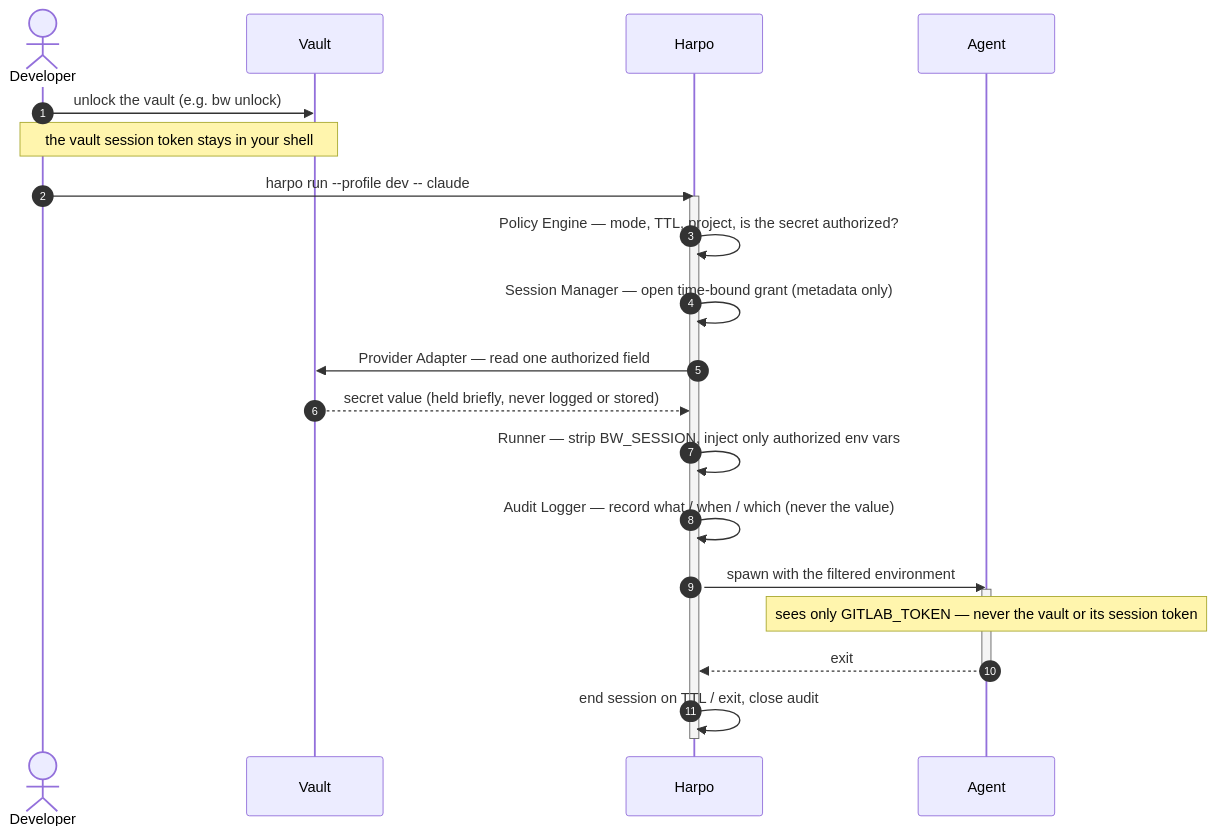
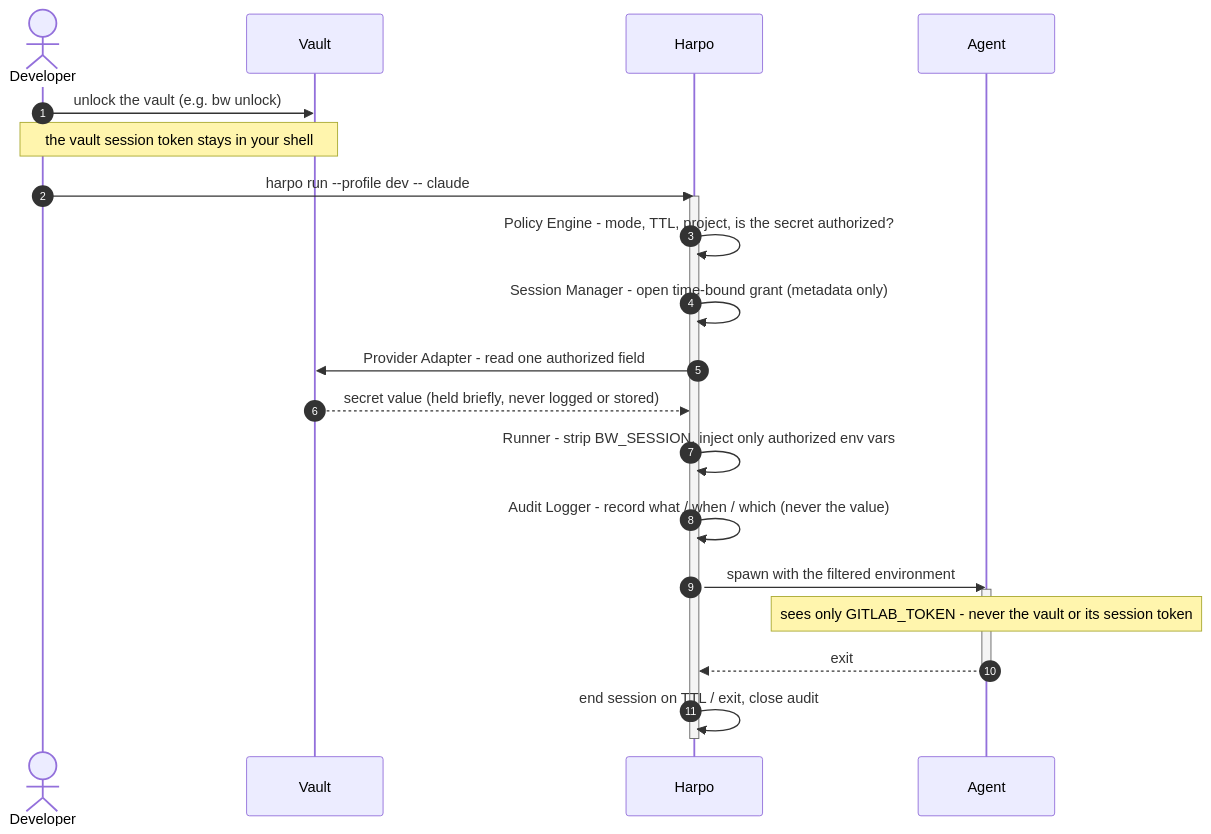
One commit to AdSoares/harpo changed the first of 2 diagrams in README.md. Above: the diagram before and after it, drawn with Mermaid. The commit also changed other lines of this file, not shown here.

````diff
--- a/README.md
+++ b/README.md
@@ -43,26 +43,26 @@
 ```mermaid
 sequenceDiagram
     autonumber
     actor Dev as Developer
     participant Vault
     participant Harpo
     participant Agent
 
     Dev->>Vault: unlock the vault (e.g. bw unlock)
     Note over Dev,Vault: the vault session token stays in your shell
     Dev->>Harpo: harpo run --profile dev -- claude
     activate Harpo
-    Harpo->>Harpo: Policy Engine — mode, TTL, project, is the secret authorized?
-    Harpo->>Harpo: Session Manager — open time-bound grant (metadata only)
-    Harpo->>Vault: Provider Adapter — read one authorized field
+    Harpo->>Harpo: Policy Engine - mode, TTL, project, is the secret authorized?
+    Harpo->>Harpo: Session Manager - open time-bound grant (metadata only)
+    Harpo->>Vault: Provider Adapter - read one authorized field
     Vault-->>Harpo: secret value (held briefly, never logged or stored)
-    Harpo->>Harpo: Runner — strip BW_SESSION, inject only authorized env vars
-    Harpo->>Harpo: Audit Logger — record what / when / which (never the value)
+    Harpo->>Harpo: Runner - strip BW_SESSION, inject only authorized env vars
+    Harpo->>Harpo: Audit Logger - record what / when / which (never the value)
     Harpo->>Agent: spawn with the filtered environment
     activate Agent
-    Note over Agent: sees only GITLAB_TOKEN — never the vault or its session token
+    Note over Agent: sees only GITLAB_TOKEN - never the vault or its session token
     Agent-->>Harpo: exit
     deactivate Agent
     Harpo->>Harpo: end session on TTL / exit, close audit
     deactivate Harpo
 ```
````
